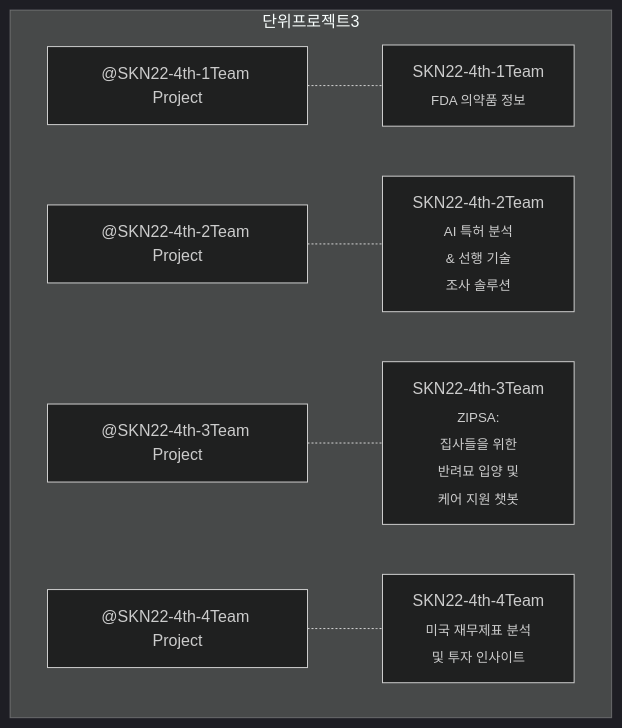
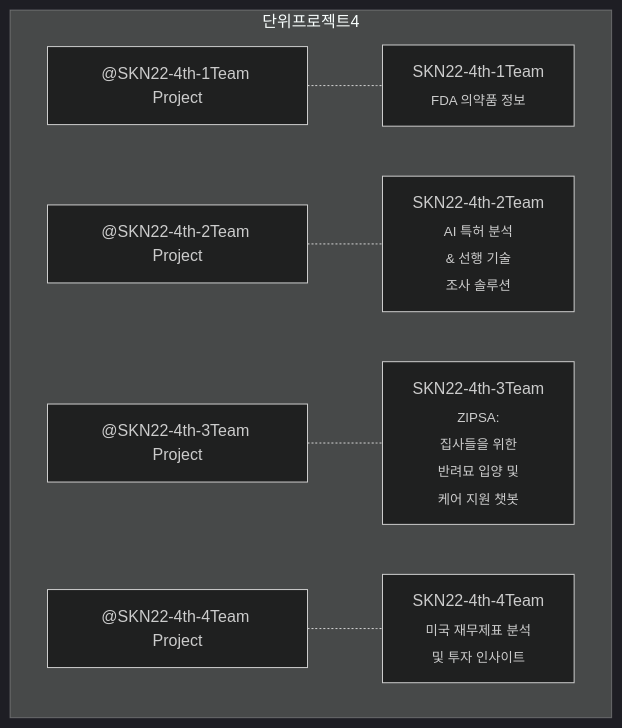
One commit to skn-ai22-251029/.github changed the second of 8 diagrams in profile/README.md. Above: the diagram before and after it, drawn with Mermaid (dark theme).

````diff
--- a/profile/README.md
+++ b/profile/README.md
@@ -40,33 +40,33 @@
 ```mermaid
 graph TD
     
-    subgraph 단위프로젝트3
+    subgraph 단위프로젝트4
         A1[#64;SKN22-4th-1Team Project]
         A2[#64;SKN22-4th-2Team Project]
         A3[#64;SKN22-4th-3Team Project]
         A4[#64;SKN22-4th-4Team Project]
 
         %% B1["SKN22-2nd-1Team<br><sub>세부내용</sub>"]
         B1[SKN22-4th-1Team<br><sub>FDA 의약품 정보</sub>]
         B2[SKN22-4th-2Team<br><sub>AI 특허 분석<br>& 선행 기술<br>조사 솔루션</sub>]
         B3[SKN22-4th-3Team<br><sub>ZIPSA:<br>집사들을 위한 <br>반려묘 입양 및<br>케어 지원 챗봇</sub>]
         B4[SKN22-4th-4Team<br><sub>미국 재무제표 분석<br>및 투자 인사이트</sub>]
 
         A1 -.- B1
         A2 -.- B2
         A3 -.- B3
         A4 -.- B4
 
 
     end
     click A1 "https://github.com/orgs/skn-ai22-251029/projects/38" "SKN22-4th-1Team"
     click A2 "https://github.com/orgs/skn-ai22-251029/projects/39" "SKN22-4th-2Team"
     click A3 "https://github.com/orgs/skn-ai22-251029/projects/40" "SKN22-4th-3Team"
     click A4 "https://github.com/orgs/skn-ai22-251029/projects/41" "SKN22-4th-4Team"
 
     click B1 "https://github.com/skn-ai22-251029/SKN22-4th-1Team" "SKN22-4th-1Team"
     click B2 "https://github.com/skn-ai22-251029/SKN22-4th-2Team" "SKN22-4th-2Team"
     click B3 "https://github.com/skn-ai22-251029/SKN22-4th-3Team" "SKN22-4th-3Team"
     click B4 "https://github.com/skn-ai22-251029/SKN22-4th-4Team" "SKN22-4th-4Team"
 
 ```
````
